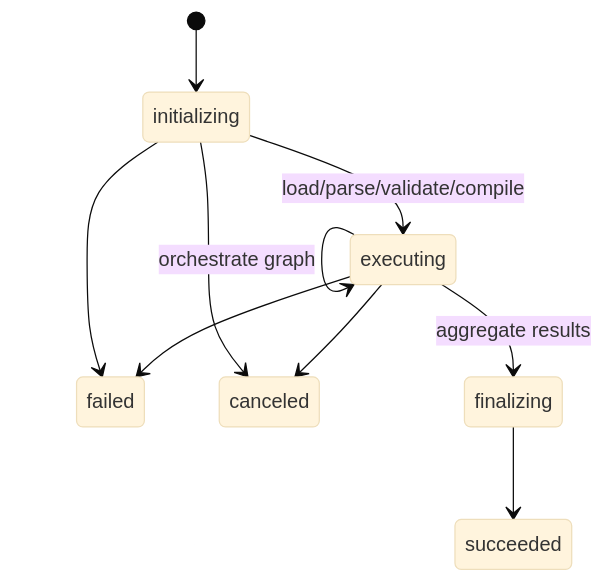
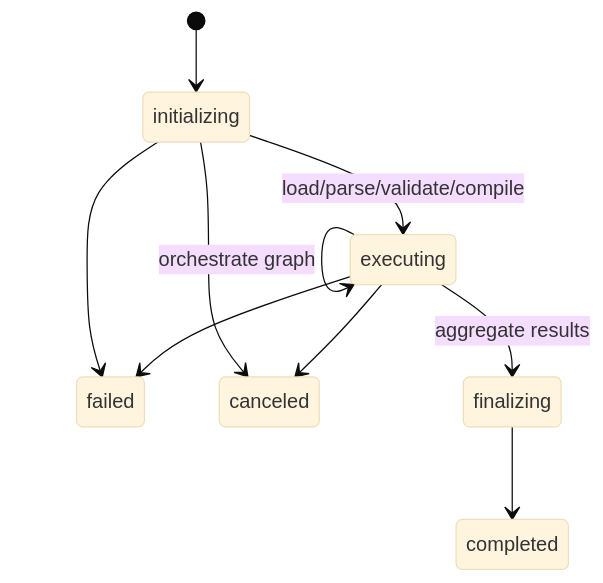
Before and after one commit to MoonLadderStudios/MoonMind: the second of 2 diagrams in docs/Temporal/WorkflowTypeCatalogAndLifecycle.md, drawn with Mermaid (base theme). The commit also changed other lines of this file and 8 other files, not shown here.

````diff
--- a/docs/Temporal/WorkflowTypeCatalogAndLifecycle.md
+++ b/docs/Temporal/WorkflowTypeCatalogAndLifecycle.md
@@ -400,12 +420,12 @@
 ```mermaid
 stateDiagram-v2
   [*] --> initializing
   initializing --> executing : load/parse/validate/compile
   executing --> executing : orchestrate graph
   executing --> finalizing : aggregate results
-  finalizing --> succeeded
+  finalizing --> completed
   initializing --> failed
   executing --> failed
   initializing --> canceled
   executing --> canceled
 ```
````
